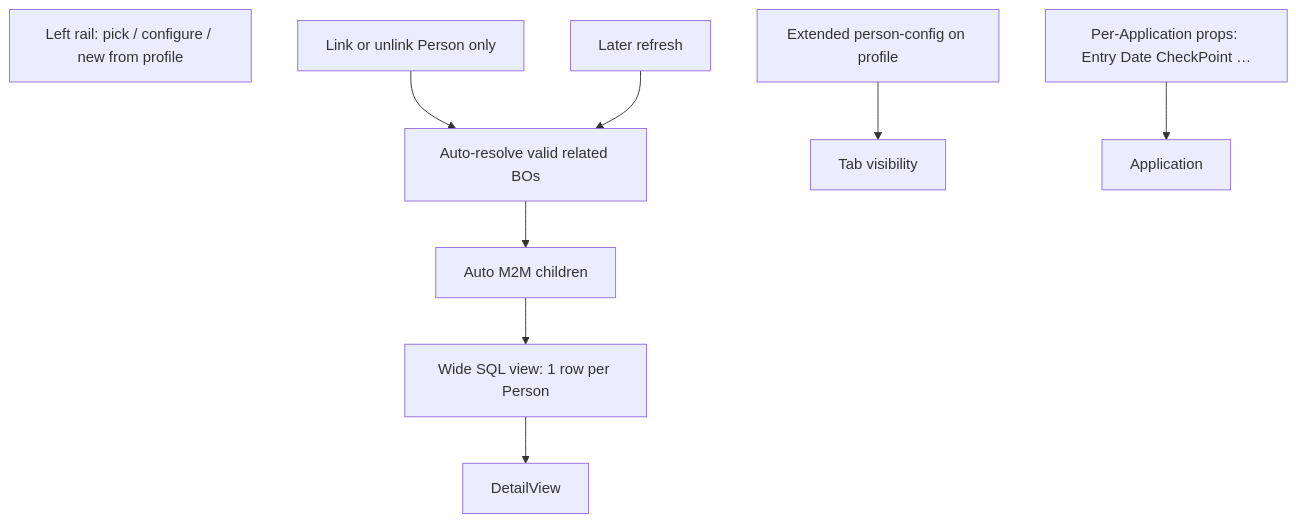
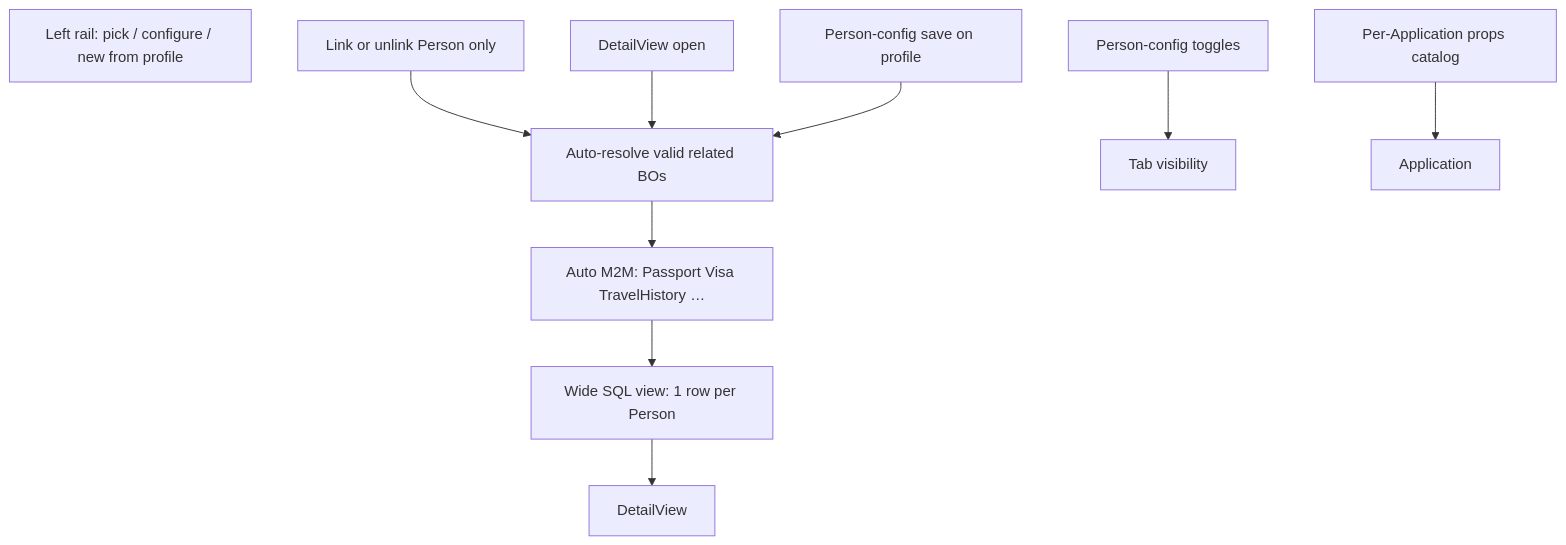
Before and after one commit to webapis/Visa2026: the first of 3 diagrams in docs/APPLICATION_PROFILE_PLAN.md, drawn with Mermaid. The commit also changed other lines of this file and 1 other file, not shown here.

First line of the commit message:
Sync plan and prototype for TravelHistory M2M and validity locks.

````diff
--- a/docs/APPLICATION_PROFILE_PLAN.md
+++ b/docs/APPLICATION_PROFILE_PLAN.md
@@ -217,12 +223,13 @@
 ```mermaid
 flowchart TB
   Rail[Left rail: pick / configure / new from profile]
   Add[Link or unlink Person only]
   Add --> Resolve[Auto-resolve valid related BOs]
-  Refresh[Later refresh] --> Resolve
-  Resolve --> M2M[Auto M2M children]
-  Prof[Extended person-config on profile] --> Tabs[Tab visibility]
+  Open[DetailView open] --> Resolve
+  CfgSave[Person-config save on profile] --> Resolve
+  Resolve --> M2M[Auto M2M: Passport Visa TravelHistory …]
+  Prof[Person-config toggles] --> Tabs[Tab visibility]
   M2M --> View[Wide SQL view: 1 row per Person]
-  AppProps[Per-Application props: Entry Date CheckPoint …] --> App[Application]
+  AppProps[Per-Application props catalog] --> App[Application]
   View --> UI[DetailView]
 ```
````
